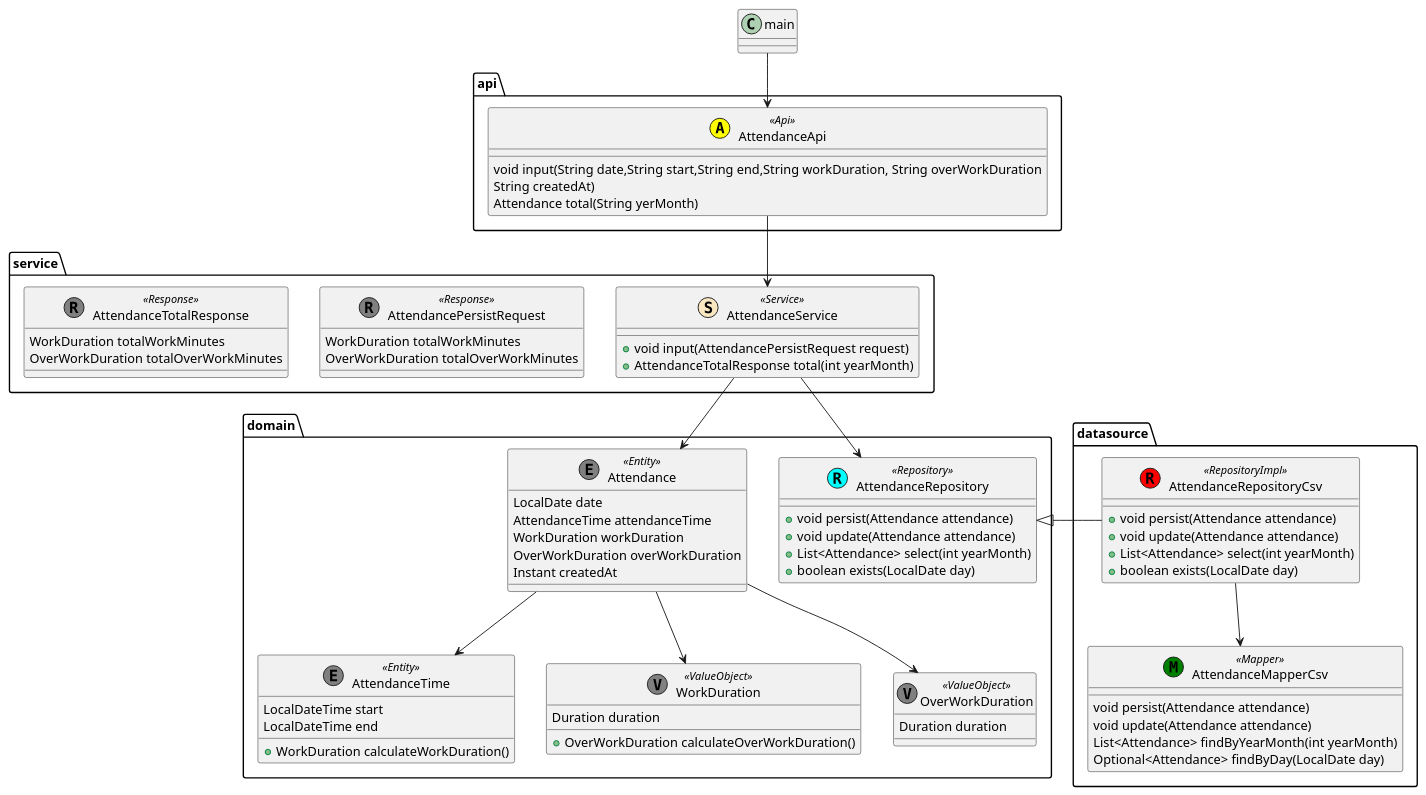
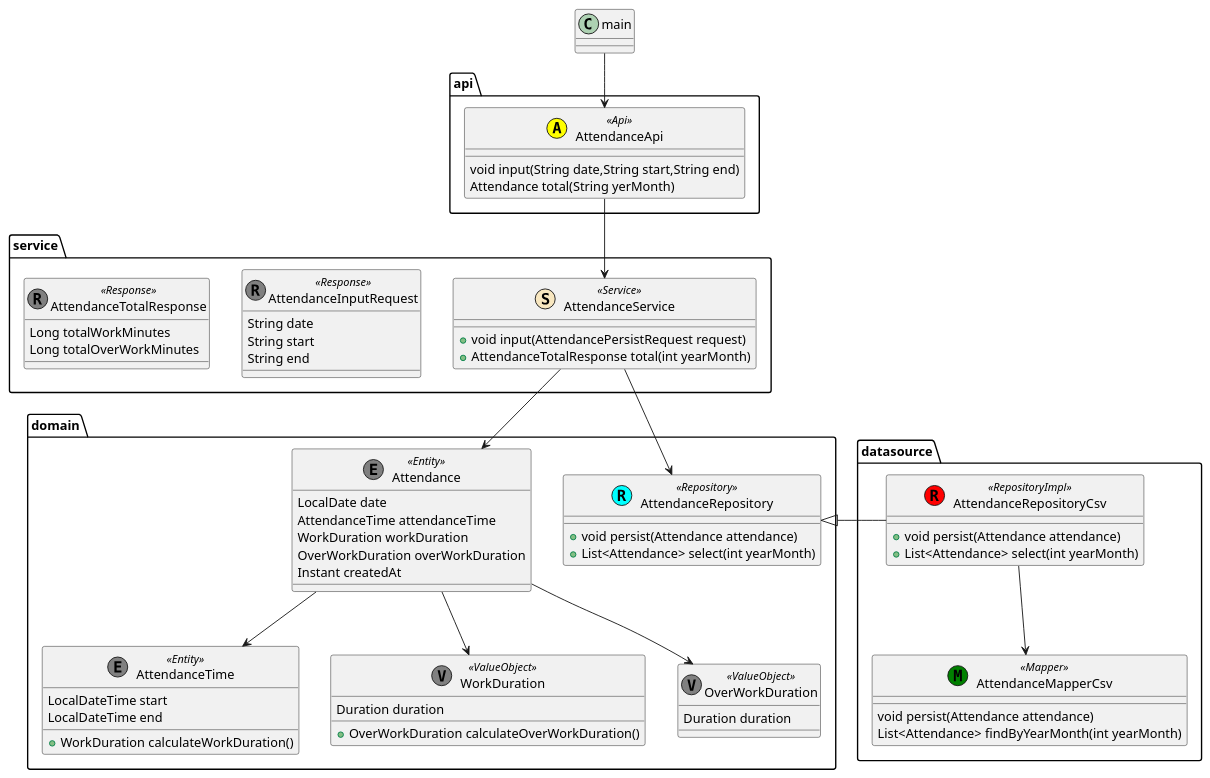
One commit to biglobe-isp/kintai changed the diagram in etc/class_diagram.puml. Above: the diagram before and after it, drawn with PlantUML.

Commit message:
サービス層のクラス図修正

```diff
--- a/etc/class_diagram.puml
+++ b/etc/class_diagram.puml
@@ -1,91 +1,85 @@
 @startuml 勤怠管理クラス図
 package domain {
     class Attendance<<(E,gray) Entity>> {
         LocalDate date
         AttendanceTime attendanceTime
         WorkDuration workDuration
         OverWorkDuration overWorkDuration
         Instant createdAt
     }
 
     class AttendanceTime<<(E,gray) Entity>> {
         LocalDateTime start
         LocalDateTime end
         + WorkDuration calculateWorkDuration()
     }
 
     class WorkDuration<<(V,gray) ValueObject>> {
         Duration duration
         + OverWorkDuration calculateOverWorkDuration()
      }
 
      class OverWorkDuration<<(V,gray) ValueObject>> {
         Duration duration
      }
 
      class AttendanceRepository<<(R,Cyan) Repository>> {
            + void persist(Attendance attendance)
-           + void update(Attendance attendance)
            + List<Attendance> select(int yearMonth)
-           + boolean exists(LocalDate day)
       }
 }
 
 package datasource {
     class AttendanceRepositoryCsv<<(R,red) RepositoryImpl>> {
         + void persist(Attendance attendance)
-        + void update(Attendance attendance)
         + List<Attendance> select(int yearMonth)
-        + boolean exists(LocalDate day)
     }
 
     class AttendanceMapperCsv<<(M,green) Mapper>> {
         void persist(Attendance attendance)
-        void update(Attendance attendance)
         List<Attendance> findByYearMonth(int yearMonth)
-        Optional<Attendance> findByDay(LocalDate day)
     }
 }
 
 package service {
     class AttendanceService<<(S,strategy) Service>> {
        + void input(AttendancePersistRequest request)
        + AttendanceTotalResponse total(int yearMonth)
     }
 
-    class AttendancePersistRequest<<(R,gray) Response>> {
-            WorkDuration totalWorkMinutes
-            OverWorkDuration totalOverWorkMinutes
+    class AttendanceInputRequest<<(R,gray) Response>> {
+            String date
+            String start
+            String end
     }
 
 
     class AttendanceTotalResponse<<(R,gray) Response>> {
-        WorkDuration totalWorkMinutes
-        OverWorkDuration totalOverWorkMinutes
+        Long totalWorkMinutes
+        Long totalOverWorkMinutes
     }
 }
 
 package api {
     class AttendanceApi<<(A,yellow) Api>> {
-        void input(String date,String start,String end,String workDuration, String overWorkDuration
-                           String createdAt)
+        void input(String date,String start,String end)
         Attendance total(String yerMonth)
     }
 
 }
 
 class main {
 }
 
 main --> AttendanceApi
 AttendanceApi --> AttendanceService
 AttendanceService --> Attendance
 AttendanceRepositoryCsv -left-|> AttendanceRepository
 AttendanceService --> AttendanceRepository
 Attendance --> AttendanceTime
 Attendance --> WorkDuration
 Attendance --> OverWorkDuration
 AttendanceRepositoryCsv --> AttendanceMapperCsv
 
 
 @enduml
```
